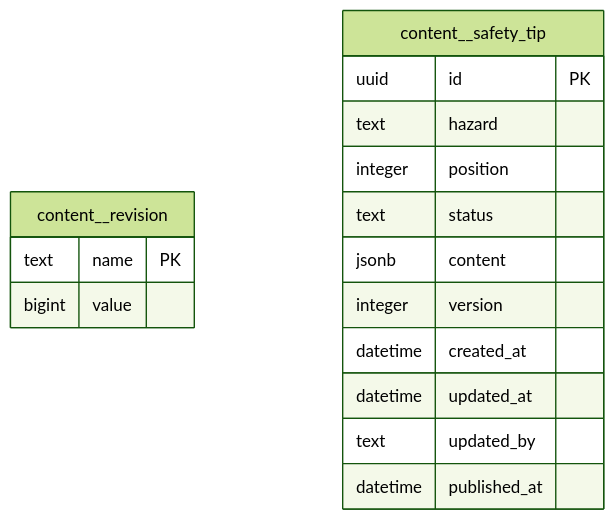
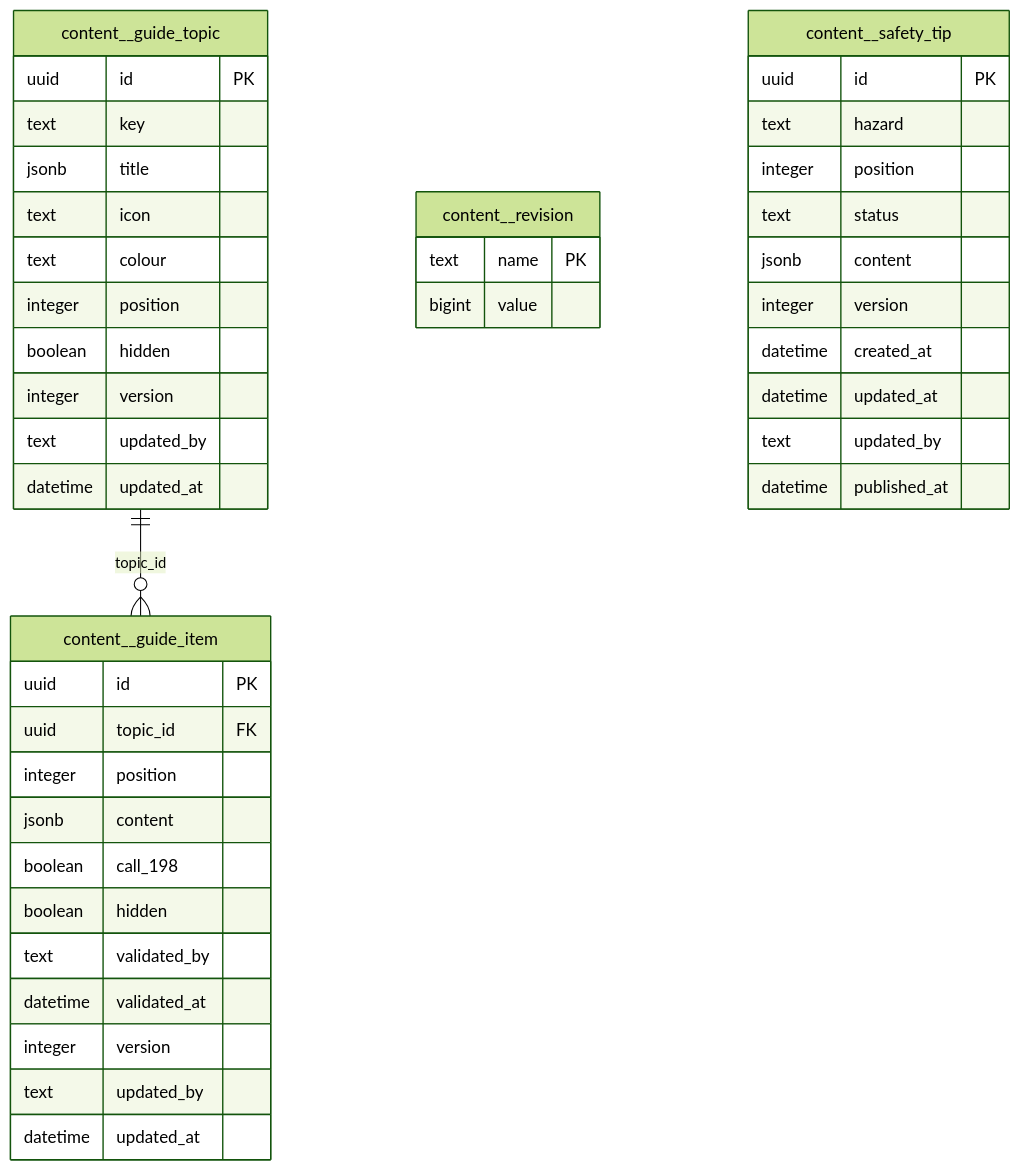
Before and after one commit to mouhabouk/E-HIMAYA: the fourth of 17 diagrams in docs/erd.md, drawn with Mermaid (forest theme). The commit also changed 8 other files, not shown here.

````diff
--- a/docs/erd.md
+++ b/docs/erd.md
@@ -145,19 +145,45 @@
 ```mermaid
 erDiagram
+    content__guide_item {
+        uuid id PK
+        uuid topic_id FK
+        integer position
+        jsonb content
+        boolean call_198
+        boolean hidden
+        text validated_by
+        datetime validated_at
+        integer version
+        text updated_by
+        datetime updated_at
+    }
+    content__guide_topic {
+        uuid id PK
+        text key
+        jsonb title
+        text icon
+        text colour
+        integer position
+        boolean hidden
+        integer version
+        text updated_by
+        datetime updated_at
+    }
     content__revision {
         text name PK
         bigint value
     }
     content__safety_tip {
         uuid id PK
         text hazard
         integer position
         text status
         jsonb content
         integer version
         datetime created_at
         datetime updated_at
         text updated_by
         datetime published_at
     }
+    content__guide_topic ||--o{ content__guide_item : "topic_id"
 ```
````
